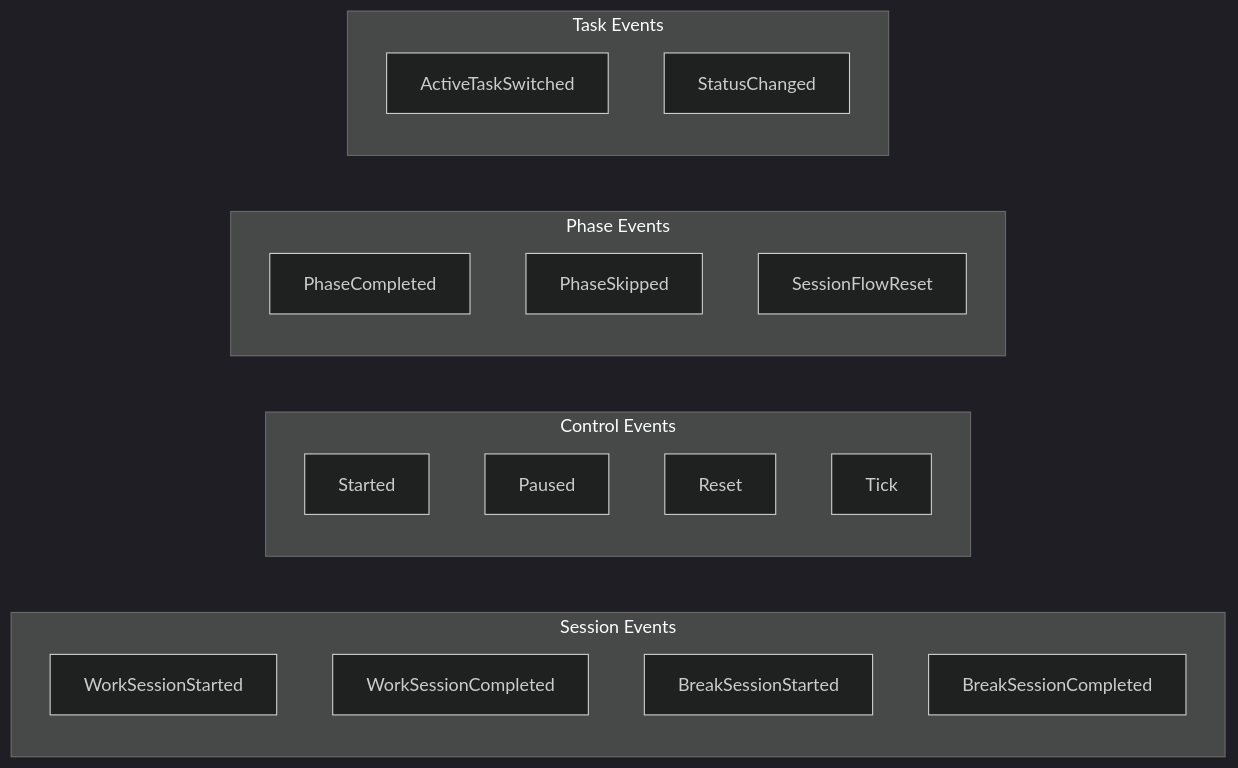
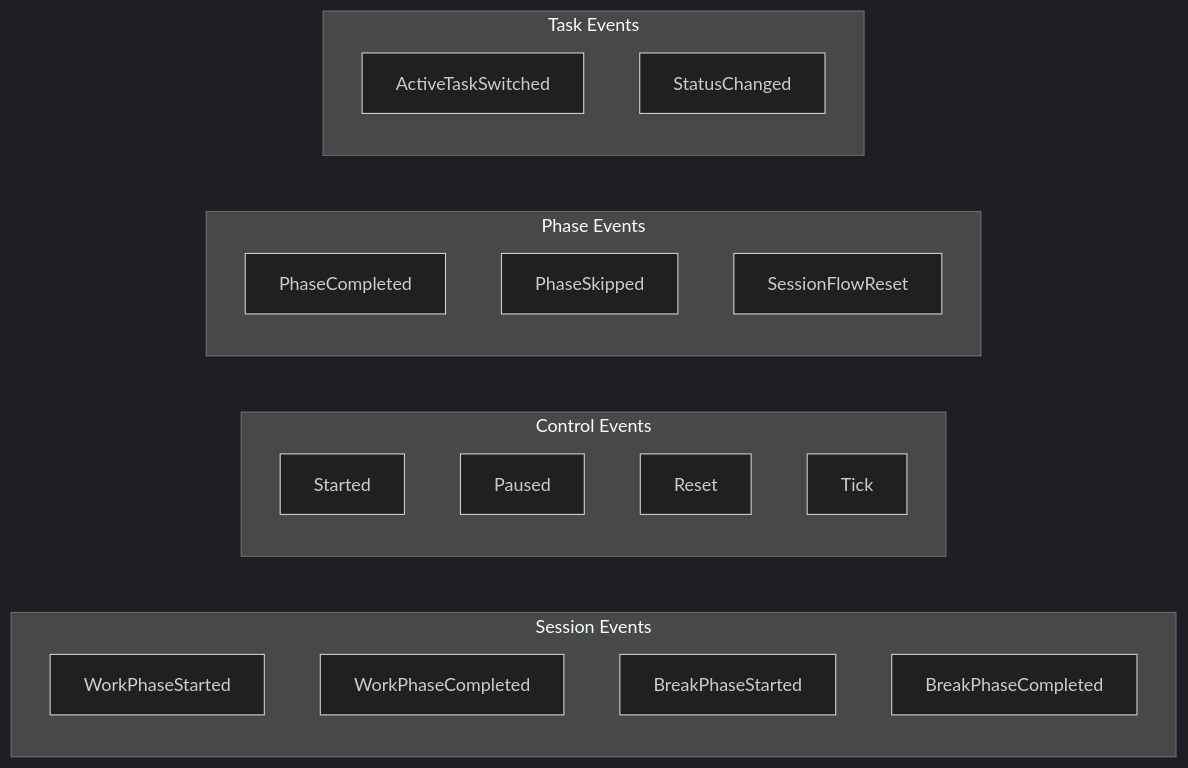
One commit to kulapoo/pomotoro changed the third of 4 diagrams in domain/src/timer/README.md. Above: the diagram before and after it, drawn with Mermaid (dark theme). The commit also changed other lines of this file and 19 other files, not shown here.

````diff
--- a/domain/src/timer/README.md
+++ b/domain/src/timer/README.md
@@ -125,27 +125,27 @@
 ```mermaid
 graph LR
     subgraph "Session Events"
-        WSS[WorkSessionStarted]
-        WSC[WorkSessionCompleted]
-        BSS[BreakSessionStarted]
-        BSC[BreakSessionCompleted]
+        WSS[WorkPhaseStarted]
+        WSC[WorkPhaseCompleted]
+        BSS[BreakPhaseStarted]
+        BSC[BreakPhaseCompleted]
     end
     
     subgraph "Control Events"
         Started[Started]
         Paused[Paused]
         Reset[Reset]
         Tick[Tick]
     end
     
     subgraph "Phase Events"
         PC[PhaseCompleted]
         PS[PhaseSkipped]
         SFR[SessionFlowReset]
     end
     
     subgraph "Task Events"
         ATS[ActiveTaskSwitched]
         SC[StatusChanged]
     end
 ```
````
